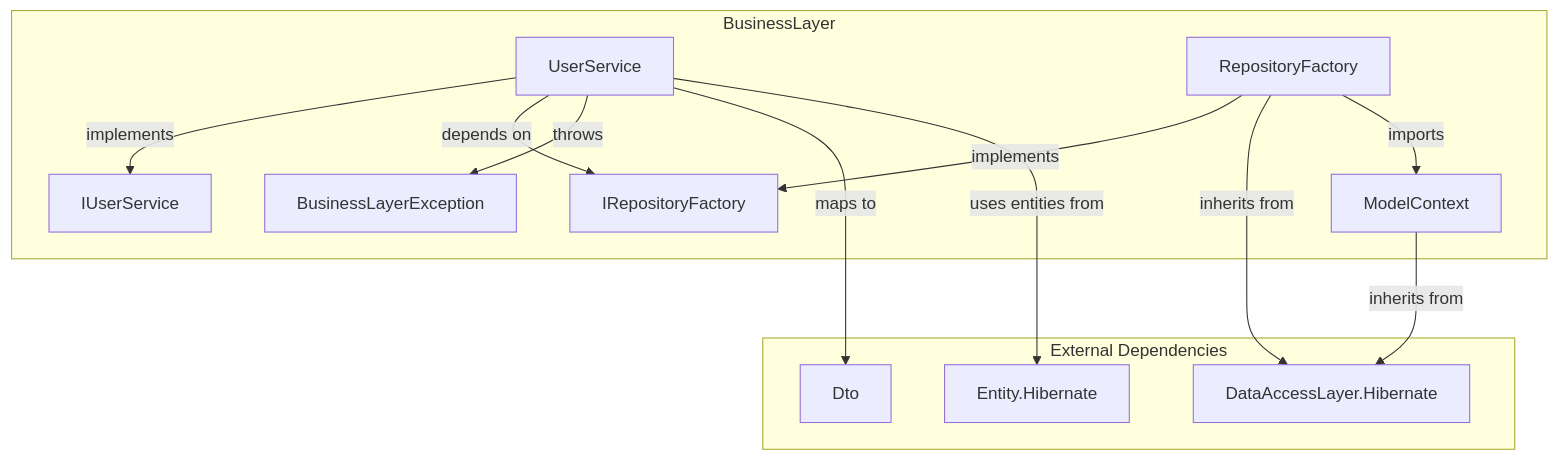
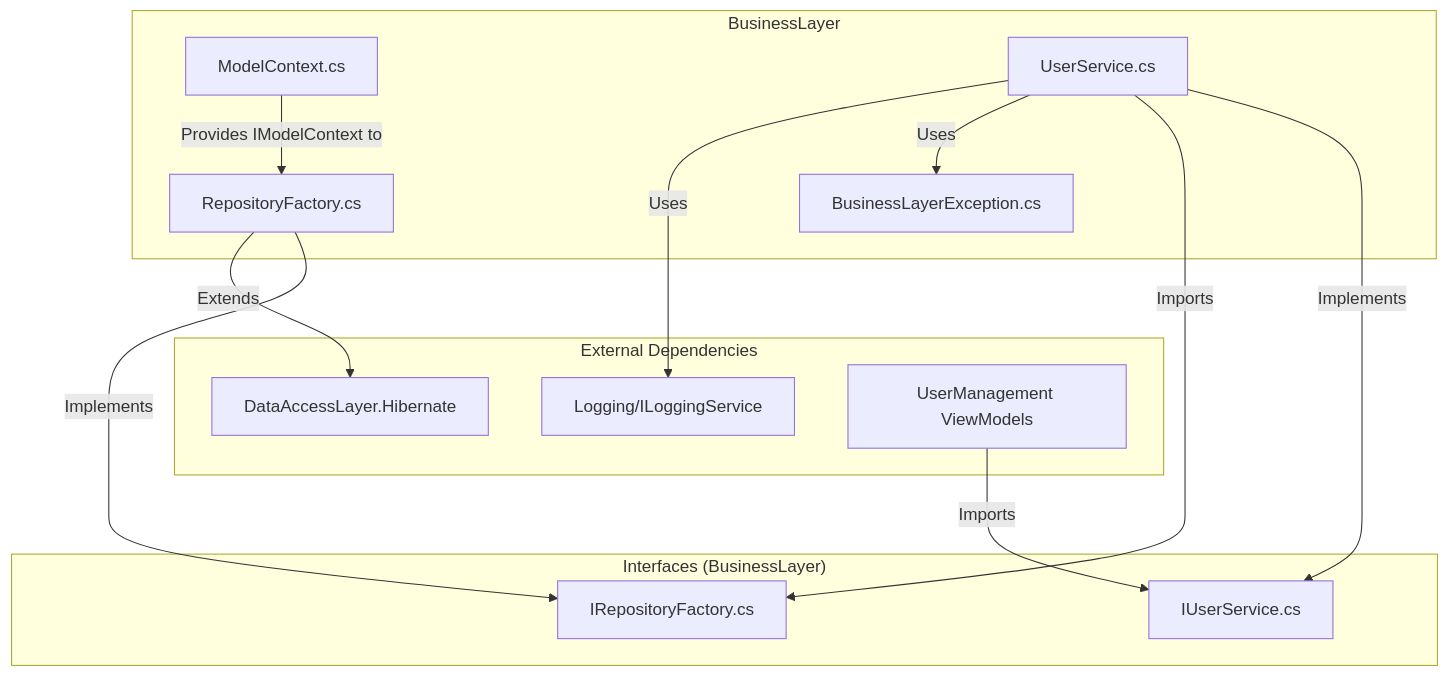
The diagram in doc/BusinessLayer.md (wetzlmaier-scch/mvvm), drawn with Mermaid before and after one commit. The commit also changed other lines of this file and 132 other files, not shown here.

````diff
--- a/doc/BusinessLayer.md
+++ b/doc/BusinessLayer.md
@@ -17,30 +29,29 @@
 ```mermaid
 flowchart TD
     subgraph "BusinessLayer"
-        US[UserService]
-        RF[RepositoryFactory]
-        MC[ModelContext]
-        IUF[IUserService]
-        IRF[IRepositoryFactory]
-        BLEx[BusinessLayerException]
+        MS[ModelContext.cs]
+        RF[RepositoryFactory.cs]
+        US[UserService.cs]
+        BLE[BusinessLayerException.cs]
+    end
+
+    subgraph "Interfaces (BusinessLayer)"
+        IUS[IUserService.cs]
+        IRF[IRepositoryFactory.cs]
     end
 
     subgraph "External Dependencies"
-        DA[DataAccessLayer.Hibernate]
-        ENT[Entity.Hibernate]
-        DTO[Dto]
+        DATA[DataAccessLayer.Hibernate]
+        LOG[Logging/ILoggingService]
+        UI[UserManagement ViewModels]
     end
 
-    US -- "implements" --> IUF
-    US -- "depends on" --> IRF
-    US -- "throws" --> BLEx
-    
-    RF -- "implements" --> IRF
-    RF -- "inherits from" --> DA
-    RF -- "imports" --> MC
-    
-    MC -- "inherits from" --> DA
-    
-    US -- "maps to" --> DTO
-    US -- "uses entities from" --> ENT
+    MS -->|Provides IModelContext to| RF
+    RF -->|Implements| IRF
+    US -->|Implements| IUS
+    US -->|Imports| IRF
+    US -->|Uses| BLE
+    US -->|Uses| LOG
+    UI -->|Imports| IUS
+    RF -->|Extends| DATA
 ```
````
